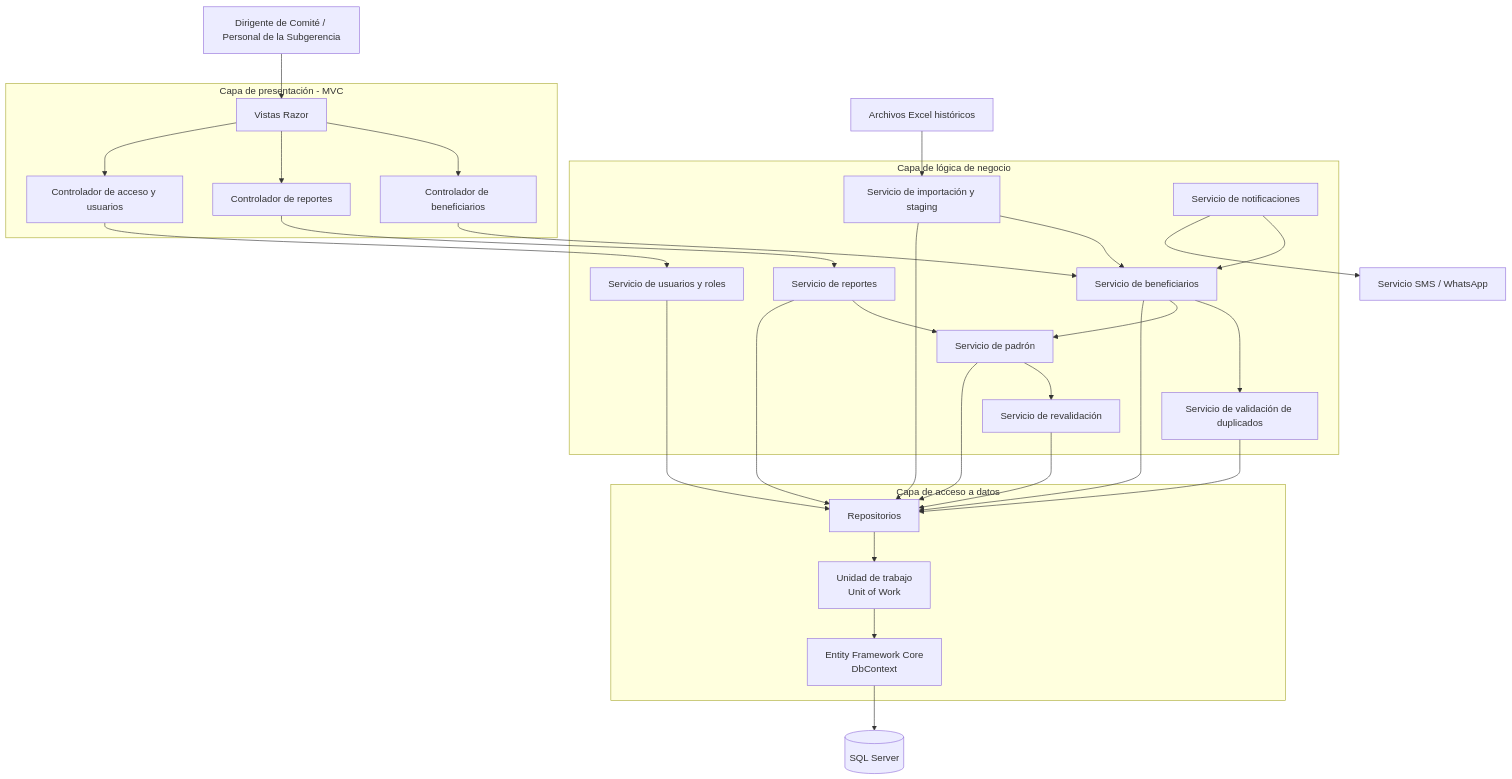
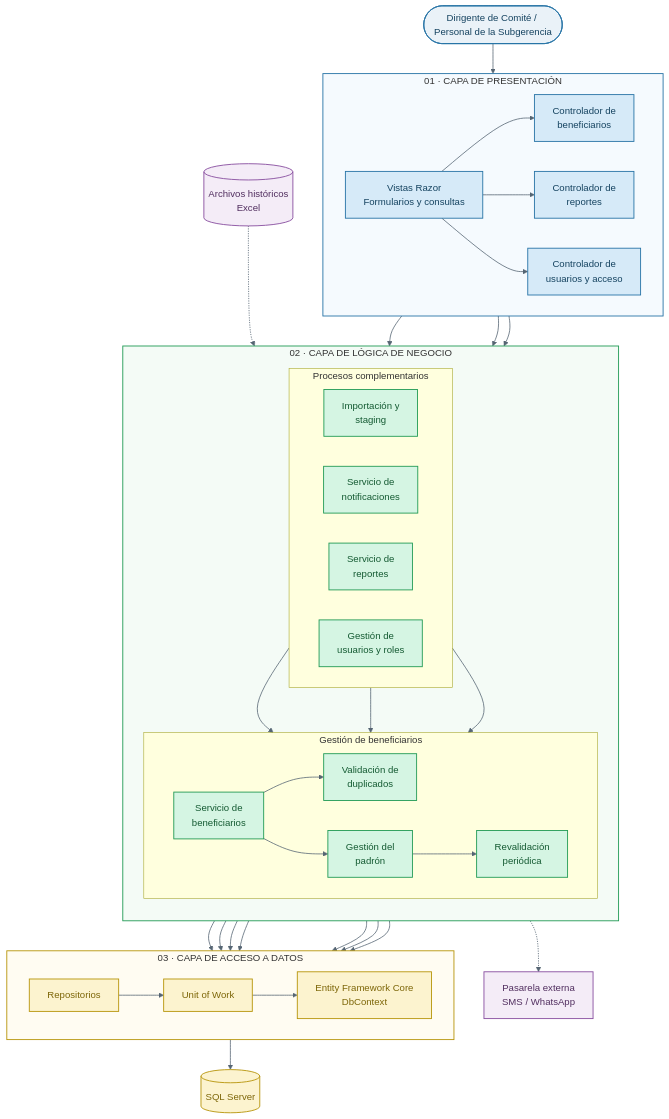
One commit to Yey-Cardenas/Programas-Sociales changed the diagram in arquitectura/C4/C3-componentes.md. Above: the diagram before and after it, drawn with Mermaid. The commit also changed other lines of this file and 3 other files, not shown here.

Commit message:
docs: mejorar diagramas del modelo C4 con Mermaid

````diff
--- a/arquitectura/C4/C3-componentes.md
+++ b/arquitectura/C4/C3-componentes.md
@@ -12,63 +10,93 @@
 ```mermaid
 flowchart TB
-    Usuario["Dirigente de Comité / Personal de la Subgerencia"]
+    USER(["Dirigente de Comité / Personal de la Subgerencia"])
 
-    subgraph Presentacion["Capa de presentación - MVC"]
-        Vistas["Vistas Razor"]
-        ControladorBeneficiarios["Controlador de beneficiarios"]
-        ControladorReportes["Controlador de reportes"]
-        ControladorAcceso["Controlador de acceso y usuarios"]
+    subgraph PRESENTACION["01 · CAPA DE PRESENTACIÓN"]
+        direction LR
+        VISTAS["Vistas Razor<br/>Formularios y consultas"]
+        CBEN["Controlador de<br/>beneficiarios"]
+        CREP["Controlador de<br/>reportes"]
+        CUSR["Controlador de<br/>usuarios y acceso"]
     end
 
-    subgraph Negocio["Capa de lógica de negocio"]
-        ServicioBeneficiarios["Servicio de beneficiarios"]
-        ValidadorDuplicados["Servicio de validación de duplicados"]
-        ServicioPadron["Servicio de padrón"]
-        ServicioRevalidacion["Servicio de revalidación"]
-        ServicioStaging["Servicio de importación y staging"]
-        ServicioNotificaciones["Servicio de notificaciones"]
-        ServicioReportes["Servicio de reportes"]
-        ServicioUsuarios["Servicio de usuarios y roles"]
+    subgraph NEGOCIO["02 · CAPA DE LÓGICA DE NEGOCIO"]
+        direction TB
+
+        subgraph GESTION["Gestión de beneficiarios"]
+            direction LR
+            SBEN["Servicio de<br/>beneficiarios"]
+            SDUP["Validación de<br/>duplicados"]
+            SPAD["Gestión del<br/>padrón"]
+            SREV["Revalidación<br/>periódica"]
+        end
+
+        subgraph PROCESOS["Procesos complementarios"]
+            direction LR
+            SSTA["Importación y<br/>staging"]
+            SNOT["Servicio de<br/>notificaciones"]
+            SREP["Servicio de<br/>reportes"]
+            SUSR["Gestión de<br/>usuarios y roles"]
+        end
     end
 
-    subgraph Persistencia["Capa de acceso a datos"]
-        Repositorios["Repositorios"]
-        UnitOfWork["Unidad de trabajo<br/>Unit of Work"]
-        Contexto["Entity Framework Core<br/>DbContext"]
+    subgraph PERSISTENCIA["03 · CAPA DE ACCESO A DATOS"]
+        direction LR
+        REPOS["Repositorios"]
+        UOW["Unit of Work"]
+        CTX["Entity Framework Core<br/>DbContext"]
     end
 
-    BD[("SQL Server")]
-    Excel["Archivos Excel históricos"]
-    Gateway["Servicio SMS / WhatsApp"]
+    DB[("SQL Server")]
+    XLS[("Archivos históricos<br/>Excel")]
+    MSG["Pasarela externa<br/>SMS / WhatsApp"]
 
-    Usuario --> Vistas
-    Vistas --> ControladorBeneficiarios
-    Vistas --> ControladorReportes
-    Vistas --> ControladorAcceso
+    USER --> VISTAS
+    VISTAS --> CBEN
+    VISTAS --> CREP
+    VISTAS --> CUSR
 
-    ControladorBeneficiarios --> ServicioBeneficiarios
-    ControladorReportes --> ServicioReportes
-    ControladorAcceso --> ServicioUsuarios
+    CBEN --> SBEN
+    CREP --> SREP
+    CUSR --> SUSR
 
-    ServicioBeneficiarios --> ValidadorDuplicados
-    ServicioBeneficiarios --> ServicioPadron
-    ServicioPadron --> ServicioRevalidacion
-    ServicioStaging --> ServicioBeneficiarios
-    ServicioNotificaciones --> ServicioBeneficiarios
-    ServicioReportes --> ServicioPadron
+    SBEN --> SDUP
+    SBEN --> SPAD
+    SPAD --> SREV
+    SSTA --> SBEN
+    SREP --> SPAD
+    SNOT --> SBEN
 
-    ServicioBeneficiarios --> Repositorios
-    ValidadorDuplicados --> Repositorios
-    ServicioPadron --> Repositorios
-    ServicioRevalidacion --> Repositorios
-    ServicioStaging --> Repositorios
-    ServicioUsuarios --> Repositorios
-    ServicioReportes --> Repositorios
+    SBEN --> REPOS
+    SDUP --> REPOS
+    SPAD --> REPOS
+    SREV --> REPOS
+    SSTA --> REPOS
+    SREP --> REPOS
+    SUSR --> REPOS
 
-    Repositorios --> UnitOfWork
-    UnitOfWork --> Contexto
-    Contexto --> BD
+    REPOS --> UOW
+    UOW --> CTX
+    CTX --> DB
 
-    Excel --> ServicioStaging
-    ServicioNotificaciones --> Gateway
+    XLS -.-> SSTA
+    SNOT -.-> MSG
+
+    %% Estilos
+    classDef actor fill:#EAF2F8,stroke:#2874A6,color:#154360,stroke-width:1.5px
+    classDef presentation fill:#D6EAF8,stroke:#2874A6,color:#154360,stroke-width:1.5px
+    classDef business fill:#D5F5E3,stroke:#239B56,color:#145A32,stroke-width:1.5px
+    classDef data fill:#FCF3CF,stroke:#B7950B,color:#7D6608,stroke-width:1.5px
+    classDef external fill:#F4ECF7,stroke:#884EA0,color:#512E5F,stroke-width:1.5px
+
+    class USER actor
+    class VISTAS,CBEN,CREP,CUSR presentation
+    class SBEN,SDUP,SPAD,SREV,SSTA,SNOT,SREP,SUSR business
+    class REPOS,UOW,CTX,DB data
+    class XLS,MSG external
+
+    style PRESENTACION fill:#F5FAFE,stroke:#2874A6,stroke-width:1.5px
+    style NEGOCIO fill:#F4FBF6,stroke:#239B56,stroke-width:1.5px
+    style PERSISTENCIA fill:#FFFCF2,stroke:#B7950B,stroke-width:1.5px
+
+    linkStyle default stroke:#566573,stroke-width:1.3px,color:#273746
 ```
````
